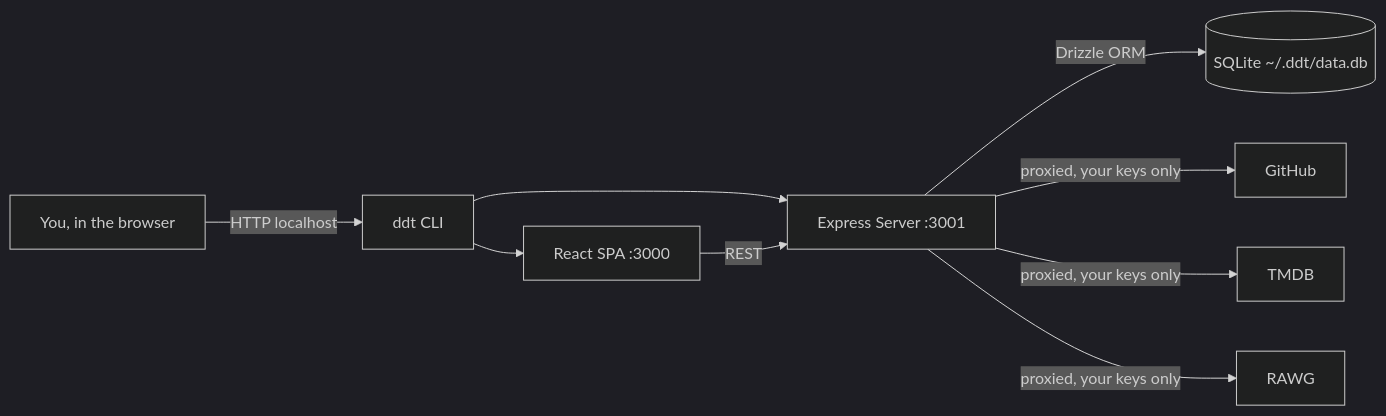
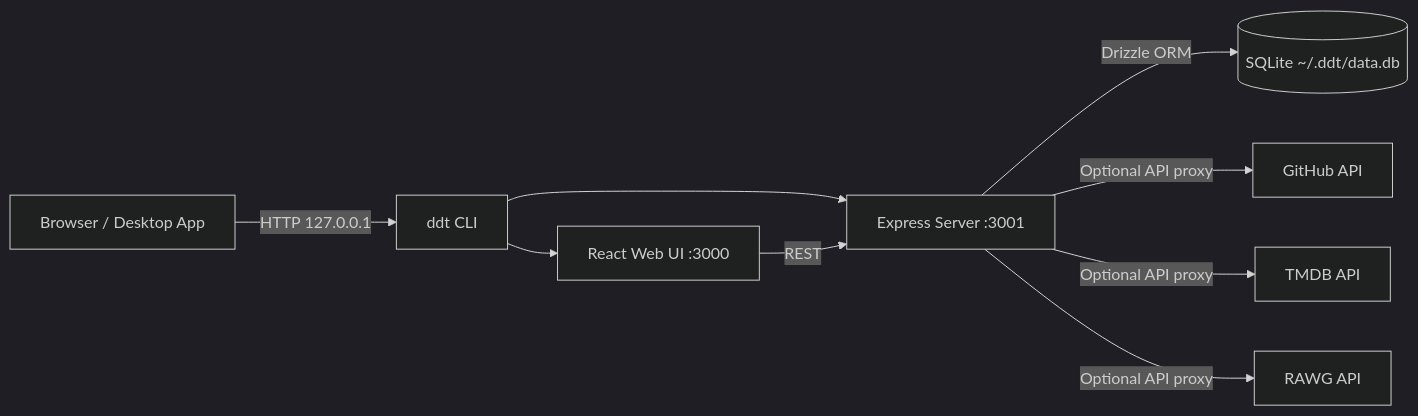
One commit to yanhaizhou21-a11y/DDT changed the diagram in README.md. Above: the diagram before and after it, drawn with Mermaid (dark theme). The commit also changed other lines of this file, not shown here.

First line of the commit message:
docs: update README with desktop packaging, dock navigation, and copywriting polish

````diff
--- a/README.md
+++ b/README.md
@@ -188,11 +231,11 @@
 ```mermaid
 flowchart LR
-    U[You, in the browser] -->|HTTP localhost| CLI[ddt CLI]
-    CLI --> SVR[Express Server :3001]
-    SVR -->|Drizzle ORM| DB[(SQLite ~/.ddt/data.db)]
-    SVR -->|proxied, your keys only| GH[GitHub]
-    SVR -->|proxied, your keys only| TMDB[TMDB]
-    SVR -->|proxied, your keys only| RAWG[RAWG]
-    SPA[React SPA :3000] -->|REST| SVR
-    CLI --> SPA
+    Browser[Browser / Desktop App] -->|HTTP 127.0.0.1| CLI[ddt CLI]
+    CLI --> Server[Express Server :3001]
+    Server -->|Drizzle ORM| DB[(SQLite ~/.ddt/data.db)]
+    Server -->|Optional API proxy| GitHub[GitHub API]
+    Server -->|Optional API proxy| TMDB[TMDB API]
+    Server -->|Optional API proxy| RAWG[RAWG API]
+    WebUI[React Web UI :3000] -->|REST| Server
+    CLI --> WebUI
 ```
````
